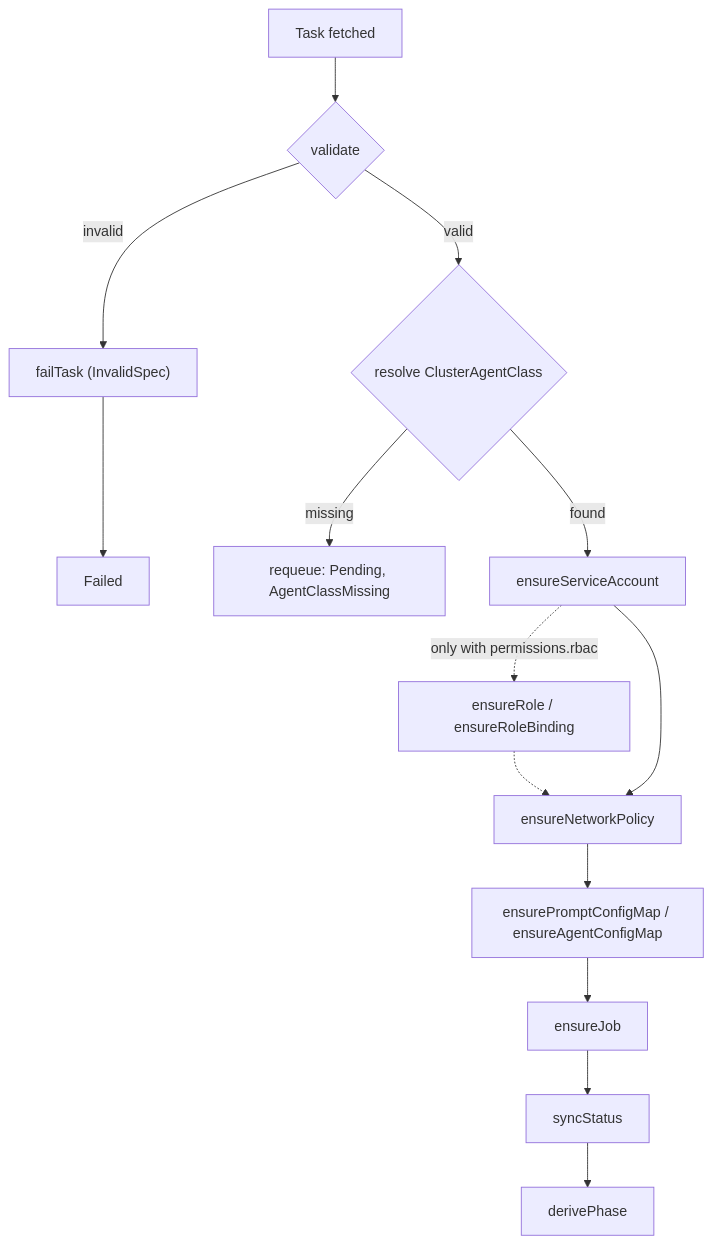
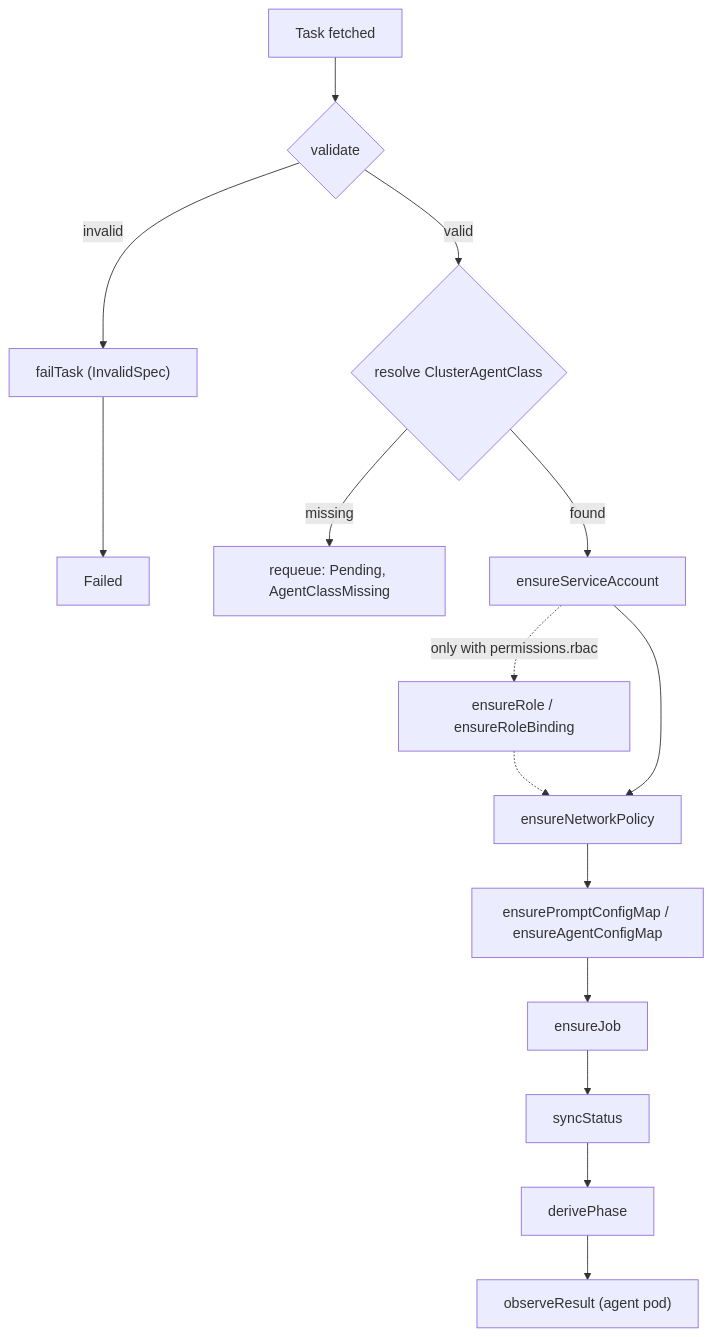
The diagram in docs/architecture.md (openconveyor/openconveyor), drawn with Mermaid before and after one commit. The commit also changed other lines of this file and 4 other files, not shown here.

````diff
--- a/docs/architecture.md
+++ b/docs/architecture.md
@@ -11,16 +11,17 @@
 ```mermaid
 flowchart TD
     fetch[Task fetched] --> validate{validate}
     validate -->|invalid| fail["failTask (InvalidSpec)"]
     fail --> failed[Failed]
     validate -->|valid| resolve{resolve ClusterAgentClass}
     resolve -->|missing| wait["requeue: Pending, AgentClassMissing"]
     resolve -->|found| sa[ensureServiceAccount]
     sa -.->|only with permissions.rbac| rbac["ensureRole / ensureRoleBinding"]
     rbac -.-> np
     sa --> np[ensureNetworkPolicy]
     np --> cm["ensurePromptConfigMap / ensureAgentConfigMap"]
     cm --> job[ensureJob]
     job --> sync[syncStatus]
     sync --> phase[derivePhase]
+    phase --> result["observeResult (agent pod)"]
 ```
````
